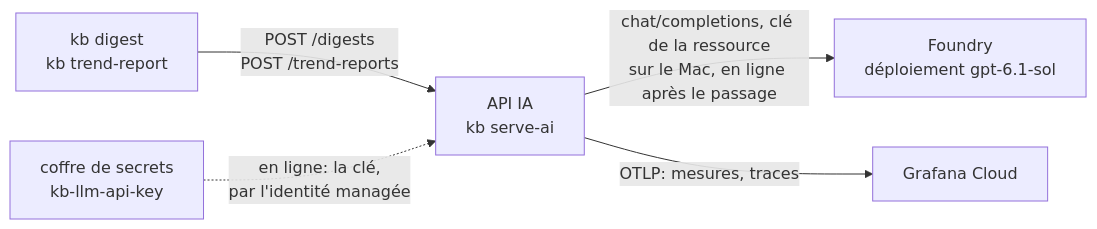
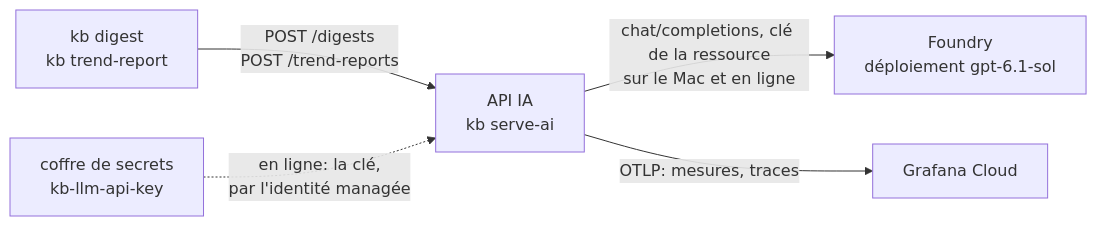
One commit to SabineLaurent/K-B changed the diagram in documentation/service_ia_pour_docu.md. Above: the diagram before and after it, drawn with Mermaid. The commit also changed other lines of this file and 4 other files, not shown here.

Commit message:
docs: bring the stale passages up to main: the 22 series names, the date of the milestones, the replay of the AI API tests, the production on gpt-6.1-sol since 2026-11-18 (issue 623)

````diff
--- a/documentation/service_ia_pour_docu.md
+++ b/documentation/service_ia_pour_docu.md
@@ -398,9 +404,9 @@
 ```mermaid
 flowchart LR
     accTitle: Qui appelle le service d'IA et ce dont l'appel dépend
-    accDescr: kb digest et kb trend-report appellent l'API IA, qui appelle le déploiement gpt-6.1-sol de Foundry par la clé de la ressource, sur le Mac, et en ligne après le passage de la production, et envoie ses mesures et ses traces à Grafana Cloud. En ligne, la clé vient du coffre de secrets, par l'identité managée.
+    accDescr: kb digest et kb trend-report appellent l'API IA, qui appelle le déploiement gpt-6.1-sol de Foundry par la clé de la ressource, sur le Mac, et en ligne depuis le 2026-11-18, et envoie ses mesures et ses traces à Grafana Cloud. En ligne, la clé vient du coffre de secrets, par l'identité managée.
     digest["kb digest<br>kb trend-report"] -->|"POST /digests<br>POST /trend-reports"| ai["API IA<br>kb serve-ai"]
-    ai -->|"chat/completions, clé de la ressource<br>sur le Mac, en ligne après le passage"| model["Foundry<br>déploiement gpt-6.1-sol"]
+    ai -->|"chat/completions, clé de la ressource<br>sur le Mac et en ligne"| model["Foundry<br>déploiement gpt-6.1-sol"]
     ai -->|"OTLP: mesures, traces"| grafana["Grafana Cloud"]
     vault["coffre de secrets<br>kb-llm-api-key"] -.->|"en ligne: la clé,<br>par l'identité managée"| ai
 ```
````
